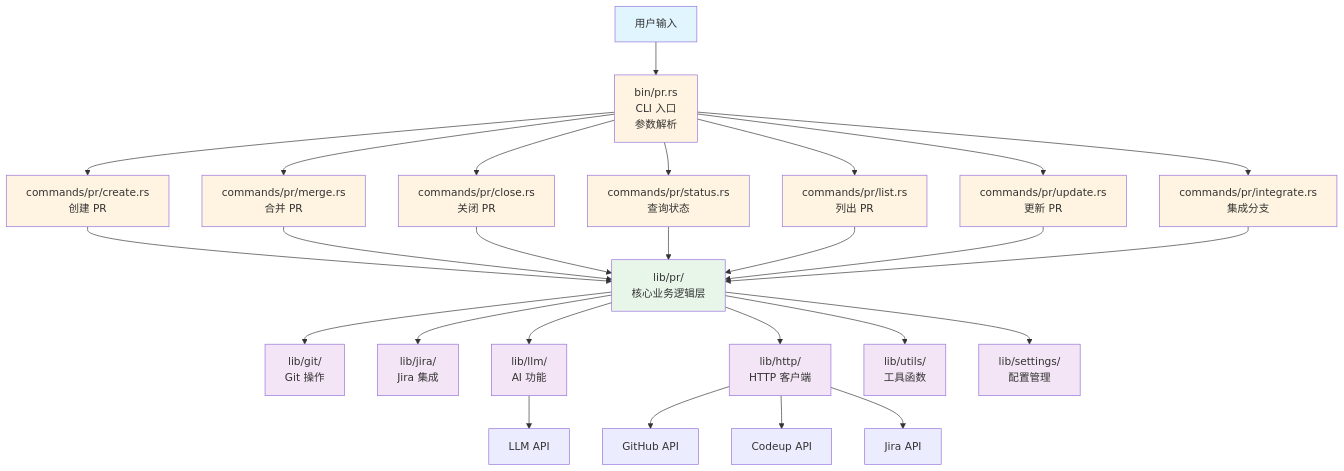
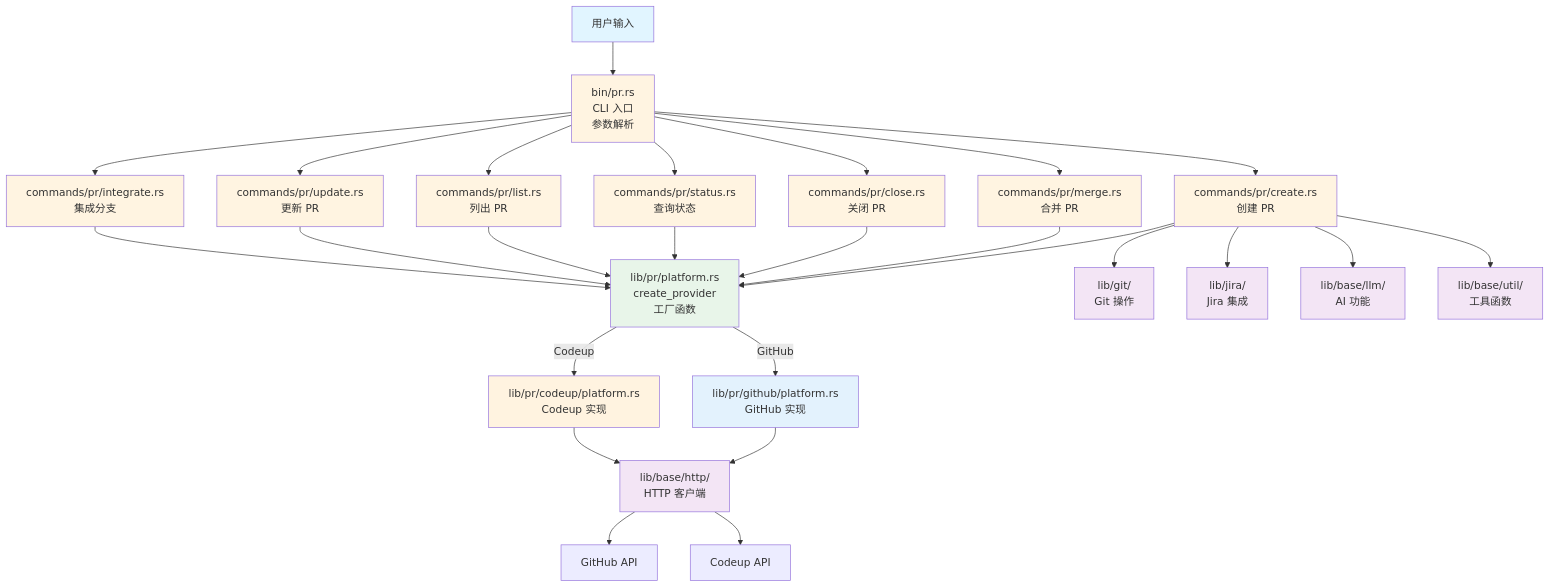
The first of 3 diagrams in docs/PR_ARCHITECTURE.md (zevwings/workflow.rs), drawn with Mermaid before and after one commit. The commit also changed other lines of this file and 24 other files, not shown here.

````diff
--- a/docs/PR_ARCHITECTURE.md
+++ b/docs/PR_ARCHITECTURE.md
@@ -86,49 +188,52 @@
 ```mermaid
 graph TB
     User[用户输入] --> CLI[bin/pr.rs<br/>CLI 入口<br/>参数解析]
 
     CLI --> Create[commands/pr/create.rs<br/>创建 PR]
     CLI --> Merge[commands/pr/merge.rs<br/>合并 PR]
     CLI --> Close[commands/pr/close.rs<br/>关闭 PR]
     CLI --> Status[commands/pr/status.rs<br/>查询状态]
     CLI --> List[commands/pr/list.rs<br/>列出 PR]
     CLI --> Update[commands/pr/update.rs<br/>更新 PR]
     CLI --> Integrate[commands/pr/integrate.rs<br/>集成分支]
 
-    Create --> LibPR[lib/pr/<br/>核心业务逻辑层]
-    Merge --> LibPR
-    Close --> LibPR
-    Status --> LibPR
-    List --> LibPR
-    Update --> LibPR
-    Integrate --> LibPR
+    Create --> Factory[lib/pr/platform.rs<br/>create_provider<br/>工厂函数]
+    Merge --> Factory
+    Close --> Factory
+    Status --> Factory
+    List --> Factory
+    Update --> Factory
+    Integrate --> Factory
 
-    LibPR --> Git[lib/git/<br/>Git 操作]
-    LibPR --> Jira[lib/jira/<br/>Jira 集成]
-    LibPR --> LLM[lib/llm/<br/>AI 功能]
-    LibPR --> Http[lib/http/<br/>HTTP 客户端]
-    LibPR --> Utils[lib/utils/<br/>工具函数]
-    LibPR --> Settings[lib/settings/<br/>配置管理]
+    Factory -->|GitHub| GitHub[lib/pr/github/platform.rs<br/>GitHub 实现]
+    Factory -->|Codeup| Codeup[lib/pr/codeup/platform.rs<br/>Codeup 实现]
 
-    Http --> GitHub[GitHub API]
-    Http --> Codeup[Codeup API]
-    Http --> JiraAPI[Jira API]
-    LLM --> LLMAPI[LLM API]
+    GitHub --> Http[lib/base/http/<br/>HTTP 客户端]
+    Codeup --> Http
+
+    Http --> GitHubAPI[GitHub API]
+    Http --> CodeupAPI[Codeup API]
+
+    Create --> Git[lib/git/<br/>Git 操作]
+    Create --> Jira[lib/jira/<br/>Jira 集成]
+    Create --> LLM[lib/base/llm/<br/>AI 功能]
+    Create --> Utils[lib/base/util/<br/>工具函数]
 
     style User fill:#e1f5ff
     style CLI fill:#fff4e1
     style Create fill:#fff4e1
     style Merge fill:#fff4e1
     style Close fill:#fff4e1
     style Status fill:#fff4e1
     style List fill:#fff4e1
     style Update fill:#fff4e1
     style Integrate fill:#fff4e1
-    style LibPR fill:#e8f5e9
+    style Factory fill:#e8f5e9
+    style GitHub fill:#e3f2fd
+    style Codeup fill:#fff3e0
+    style Http fill:#f3e5f5
     style Git fill:#f3e5f5
     style Jira fill:#f3e5f5
     style LLM fill:#f3e5f5
-    style Http fill:#f3e5f5
     style Utils fill:#f3e5f5
-    style Settings fill:#f3e5f5
 ```
````
